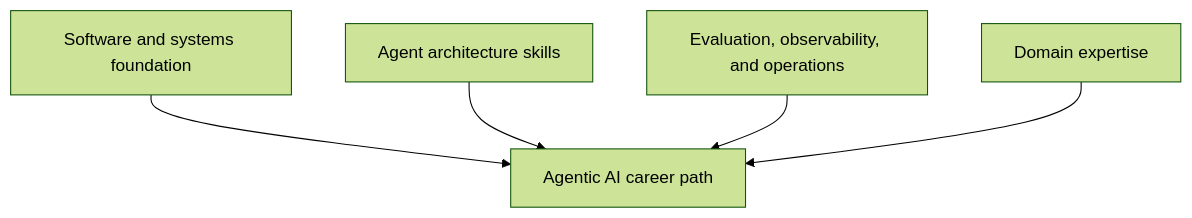
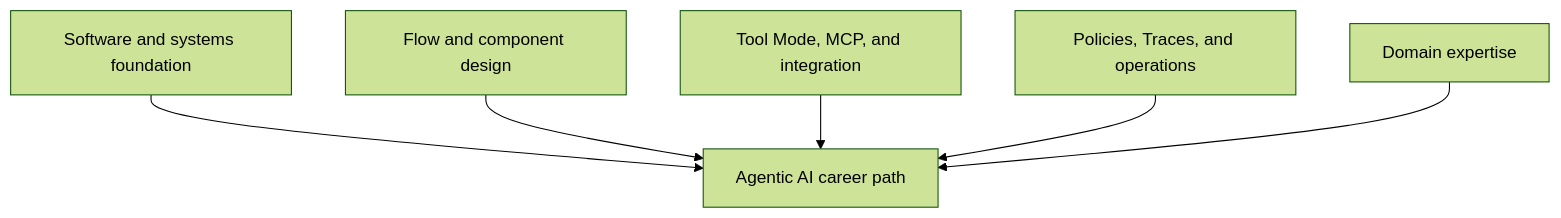
One commit to naren-allam/agents-beginners changed the ninth of 9 diagrams in book/chapters/chapter-07-the-future-of-agentic-ai-and-your-role.md. Above: the diagram before and after it, drawn with Mermaid (forest theme). The commit also changed other lines of this file and 28 other files, not shown here.

````diff
--- a/book/chapters/chapter-07-the-future-of-agentic-ai-and-your-role.md
+++ b/book/chapters/chapter-07-the-future-of-agentic-ai-and-your-role.md
@@ -262,13 +269,15 @@
 ```mermaid
 flowchart TD
     Foundation["Software and systems foundation"]
-    AgentSkills["Agent architecture skills"]
-    Ops["Evaluation, observability, and operations"]
+    FlowSkills["Flow and component design"]
+    Interop["Tool Mode, MCP, and integration"]
+    Ops["Policies, Traces, and operations"]
     Domain["Domain expertise"]
     Career["Agentic AI career path"]
 
     Foundation --> Career
-    AgentSkills --> Career
+    FlowSkills --> Career
+    Interop --> Career
     Ops --> Career
     Domain --> Career
 ```
````
